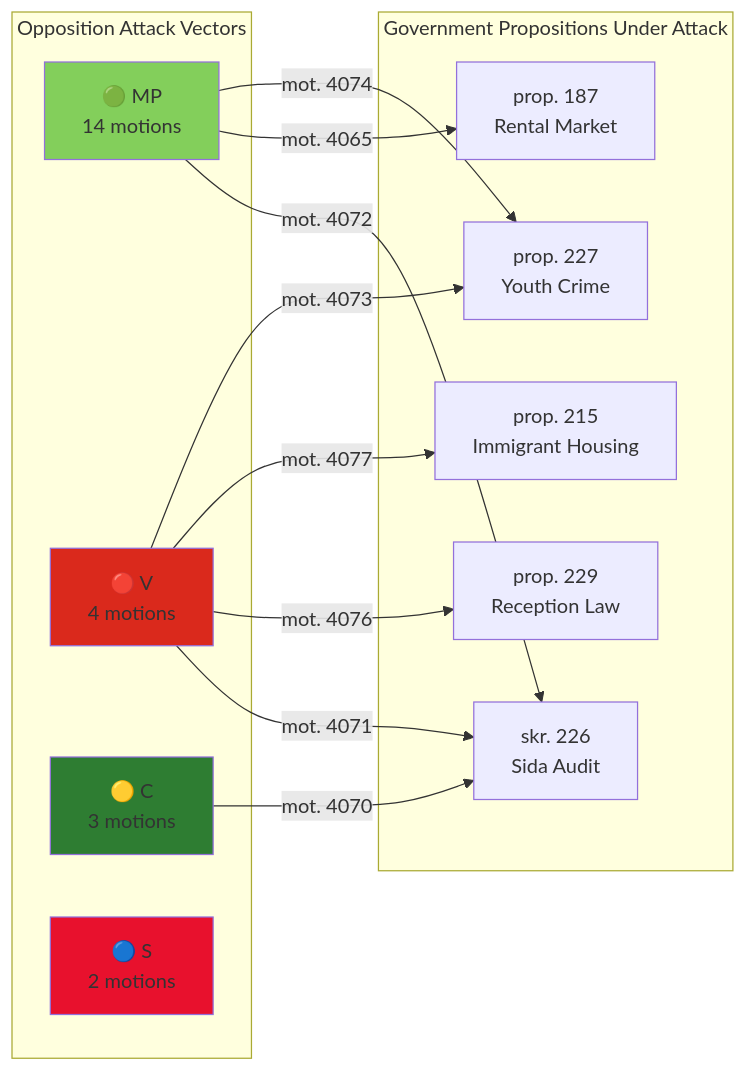
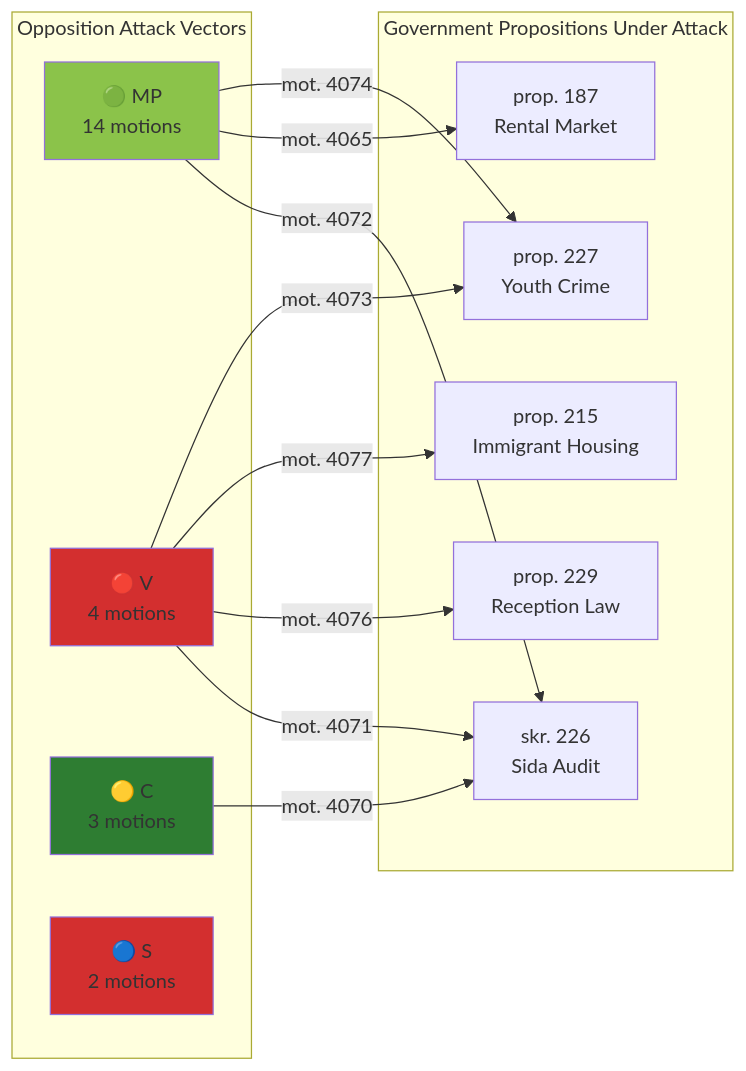
The diagram in analysis/daily/2026-04-15/motions/threat-analysis.md (Hack23/riksdagsmonitor), drawn with Mermaid before and after one commit. The commit also changed 121 other files, not shown here.

````diff
--- a/analysis/daily/2026-04-15/motions/threat-analysis.md
+++ b/analysis/daily/2026-04-15/motions/threat-analysis.md
@@ -34,28 +34,28 @@
 ```mermaid
 graph LR
     subgraph "Opposition Attack Vectors"
         MP["🟢 MP<br/>14 motions"]
         V["🔴 V<br/>4 motions"]
         C["🟡 C<br/>3 motions"]
         S["🔵 S<br/>2 motions"]
     end
     subgraph "Government Propositions Under Attack"
         P227["prop. 227<br/>Youth Crime"]
         P215["prop. 215<br/>Immigrant Housing"]
         P229["prop. 229<br/>Reception Law"]
         P187["prop. 187<br/>Rental Market"]
         P226["skr. 226<br/>Sida Audit"]
     end
     MP -->|"mot. 4074"| P227
     V -->|"mot. 4073"| P227
     V -->|"mot. 4077"| P215
     V -->|"mot. 4076"| P229
     MP -->|"mot. 4065"| P187
     V -->|"mot. 4071"| P226
     C -->|"mot. 4070"| P226
     MP -->|"mot. 4072"| P226
-    style MP fill:#83CF5B
-    style V fill:#DA291C
+    style MP fill:#8BC34A
+    style V fill:#D32F2F
     style C fill:#2E7D32
-    style S fill:#E8112D
+    style S fill:#D32F2F
 ```
````
